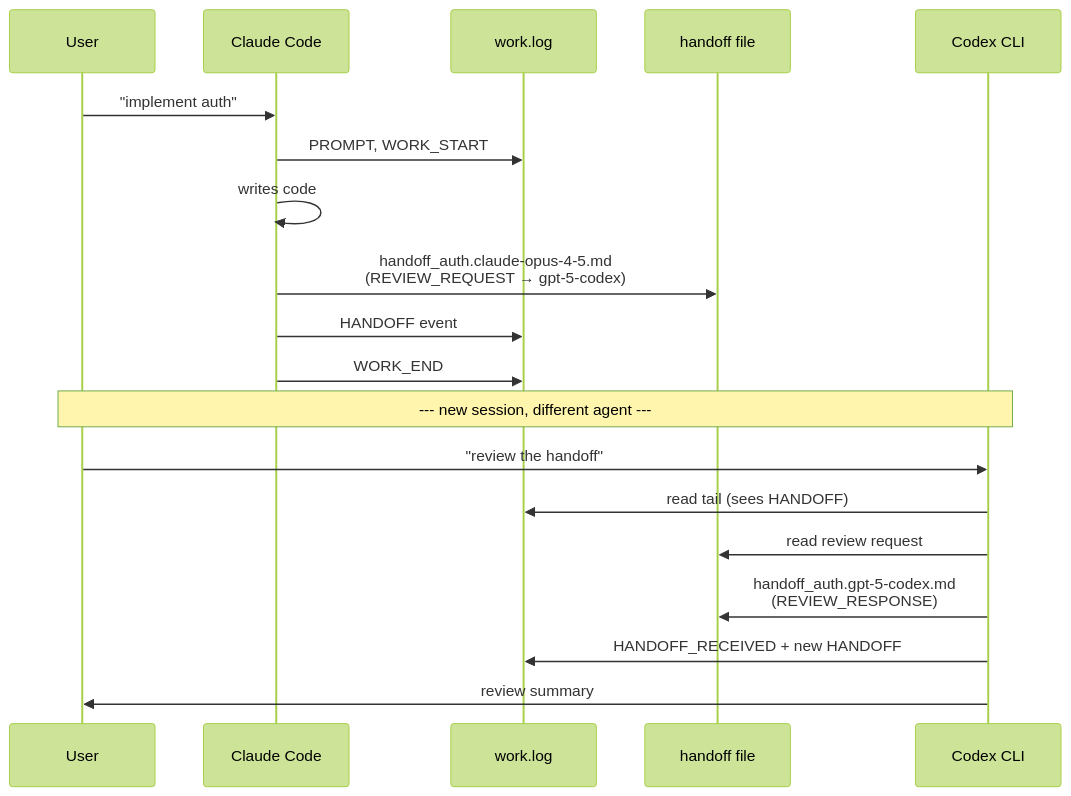
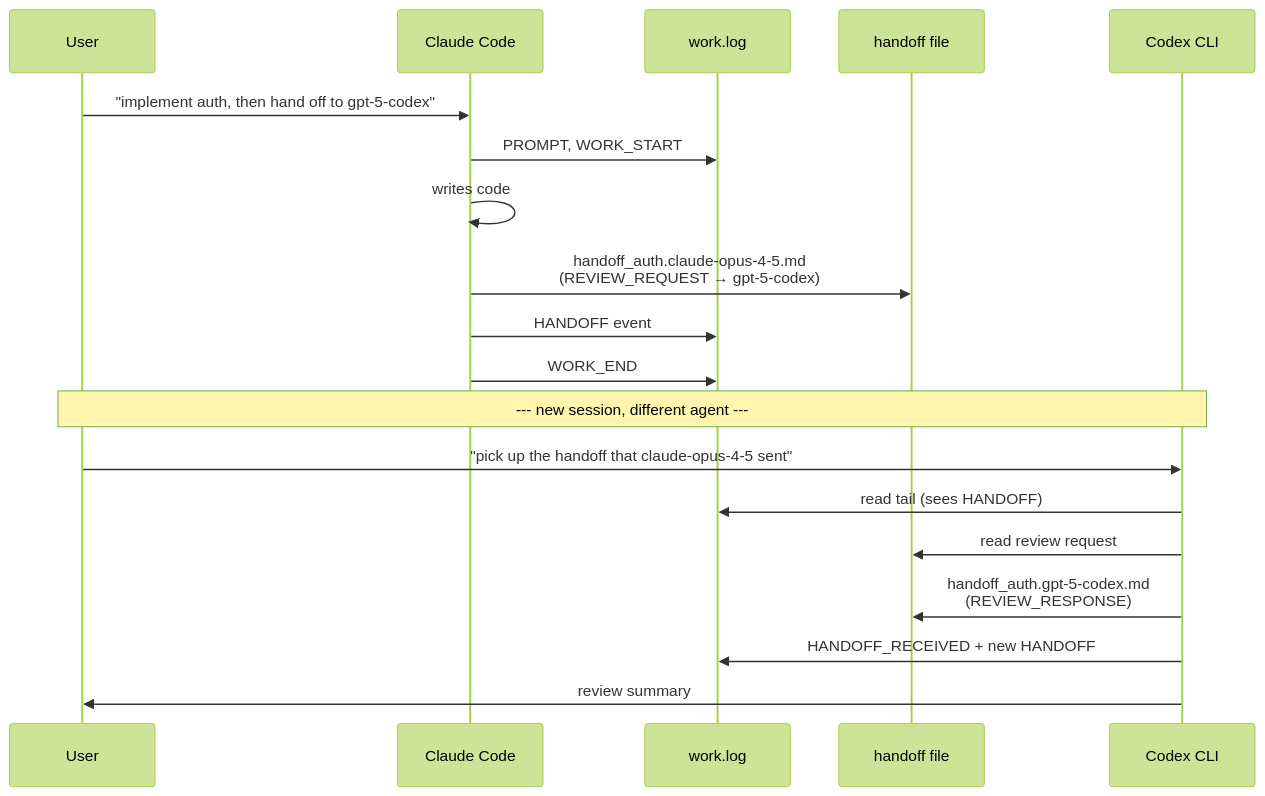
Before and after one commit to daystar7777/agent-work-mem: the second of 2 diagrams in README.md, drawn with Mermaid (forest theme). The commit also changed other lines of this file and 5 other files, not shown here.

````diff
--- a/README.md
+++ b/README.md
@@ -57,24 +68,24 @@
 ```mermaid
 sequenceDiagram
     participant U as User
     participant A as Claude Code
     participant L as work.log
     participant H as handoff file
     participant B as Codex CLI
 
-    U->>A: "implement auth"
+    U->>A: "implement auth, then hand off to gpt-5-codex"
     A->>L: PROMPT, WORK_START
     A->>A: writes code
     A->>H: handoff_auth.claude-opus-4-5.md<br/>(REVIEW_REQUEST → gpt-5-codex)
     A->>L: HANDOFF event
     A->>L: WORK_END
 
     Note over U,B: --- new session, different agent ---
 
-    U->>B: "review the handoff"
+    U->>B: "pick up the handoff that claude-opus-4-5 sent"
     B->>L: read tail (sees HANDOFF)
     B->>H: read review request
     B->>H: handoff_auth.gpt-5-codex.md<br/>(REVIEW_RESPONSE)
     B->>L: HANDOFF_RECEIVED + new HANDOFF
     B->>U: review summary
 ```
````
